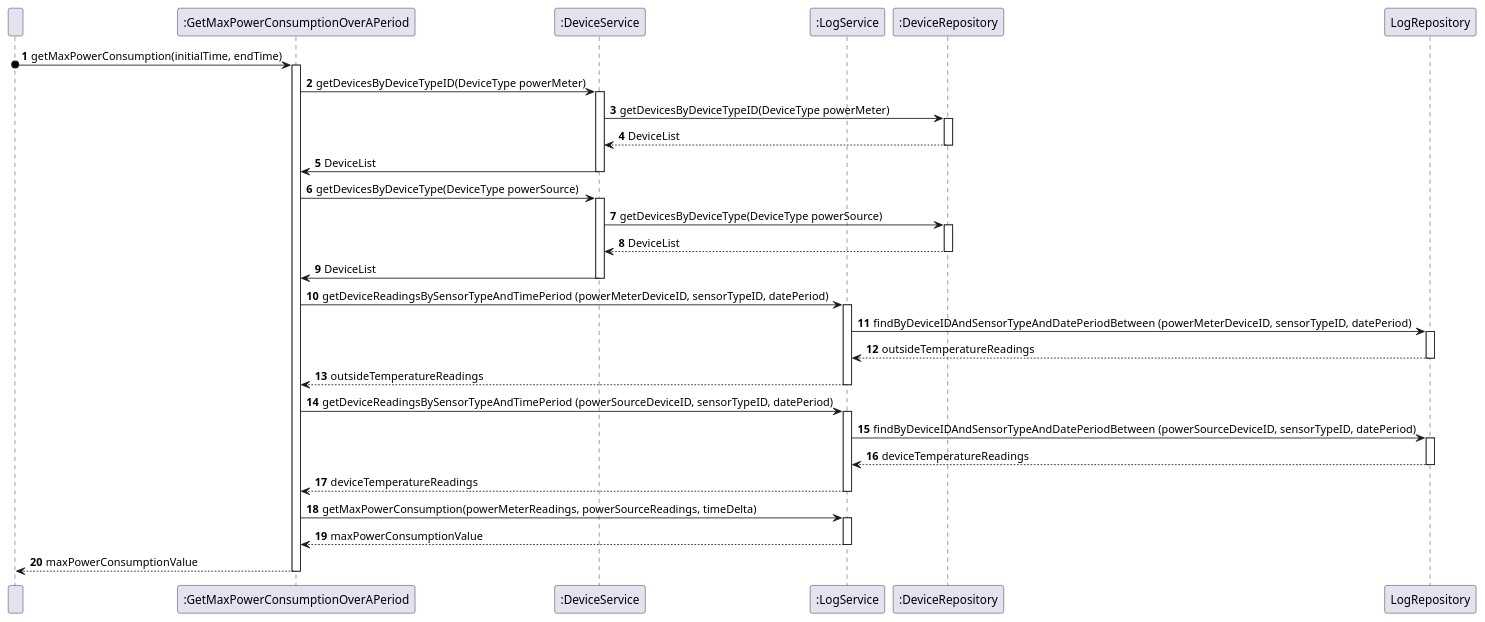
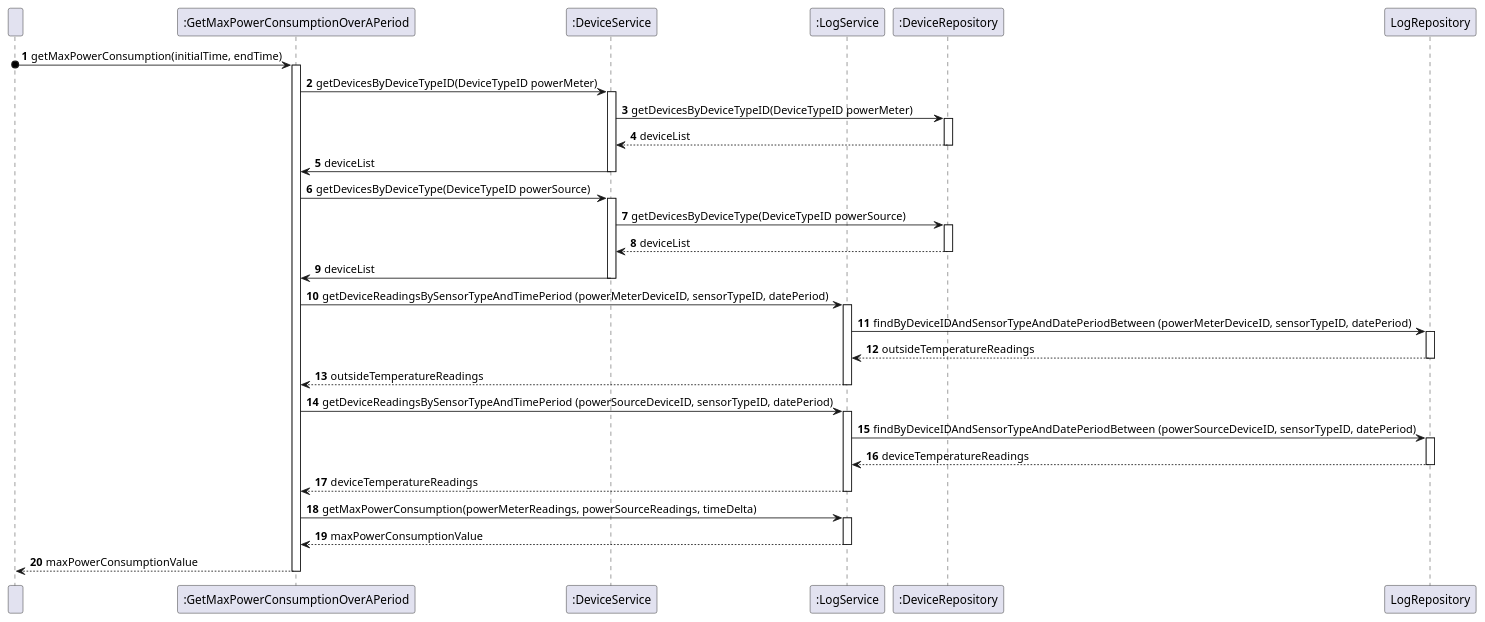
One commit to olivDiogo/SmartHome changed the diagram in docs/useCases/uc14_toGetMaxPowerConsumptionOverAPeriod/artifacts/uc14_SD.puml. Above: the diagram before and after it, drawn with PlantUML.

Commit message:
#450 corrected diagram SD UC14

```diff
--- a/docs/useCases/uc14_toGetMaxPowerConsumptionOverAPeriod/artifacts/uc14_SD.puml
+++ b/docs/useCases/uc14_toGetMaxPowerConsumptionOverAPeriod/artifacts/uc14_SD.puml
@@ -1,101 +1,101 @@
 @startuml
 'https://plantuml.com/sequence-diagram
 
 participant " " as User
 participant Controller as ":GetMaxPowerConsumptionOverAPeriod"
 participant DeviceService as ":DeviceService"
 participant LogService as ":LogService"
 participant DeviceRepository as ":DeviceRepository"
 
 autonumber
 
 User o-> Controller: getMaxPowerConsumption(initialTime, endTime)
 
 activate Controller
 
-Controller -> DeviceService: getDevicesByDeviceTypeID(DeviceType powerMeter)
+Controller -> DeviceService: getDevicesByDeviceTypeID(DeviceTypeID powerMeter)
 
 activate DeviceService
 
-DeviceService -> DeviceRepository: getDevicesByDeviceTypeID(DeviceType powerMeter)
+DeviceService -> DeviceRepository: getDevicesByDeviceTypeID(DeviceTypeID powerMeter)
 
 activate DeviceRepository
 
-DeviceRepository --> DeviceService: DeviceList
+DeviceRepository --> DeviceService: deviceList
 
 deactivate DeviceRepository
 
-DeviceService -> Controller: DeviceList
+DeviceService -> Controller: deviceList
 
 deactivate DeviceService
 
 '--------------------------------------------'
 
-Controller -> DeviceService: getDevicesByDeviceType(DeviceType powerSource)
+Controller -> DeviceService: getDevicesByDeviceType(DeviceTypeID powerSource)
 
 activate DeviceService
 
-DeviceService -> DeviceRepository: getDevicesByDeviceType(DeviceType powerSource)
+DeviceService -> DeviceRepository: getDevicesByDeviceType(DeviceTypeID powerSource)
 
 activate DeviceRepository
 
-DeviceRepository --> DeviceService: DeviceList
+DeviceRepository --> DeviceService: deviceList
 
 deactivate DeviceRepository
 
-DeviceService -> Controller: DeviceList
+DeviceService -> Controller: deviceList
 
 deactivate DeviceService
 
 '--------------------------------------------'
 
 Controller -> LogService: getDeviceReadingsBySensorTypeAndTimePeriod (powerMeterDeviceID, sensorTypeID, datePeriod)
 
 activate LogService
 
 LogService -> LogRepository: findByDeviceIDAndSensorTypeAndDatePeriodBetween (powerMeterDeviceID, sensorTypeID, datePeriod)
 
 activate LogRepository
 
 LogRepository --> LogService: outsideTemperatureReadings
 
 deactivate LogRepository
 
 LogService --> Controller: outsideTemperatureReadings
 
 deactivate LogService
 
 Controller -> LogService: getDeviceReadingsBySensorTypeAndTimePeriod (powerSourceDeviceID, sensorTypeID, datePeriod)
 
 '--------------------------------------------'
 
 activate LogService
 
 LogService -> LogRepository: findByDeviceIDAndSensorTypeAndDatePeriodBetween (powerSourceDeviceID, sensorTypeID, datePeriod)
 
 activate LogRepository
 
 LogRepository --> LogService: deviceTemperatureReadings
 
 deactivate LogRepository
 
 LogService --> Controller: deviceTemperatureReadings
 
 deactivate LogService
 
 Controller -> LogService: getMaxPowerConsumption(powerMeterReadings, powerSourceReadings, timeDelta)
 
 '--------------------------------------------'
 
 activate LogService
 
 LogService --> Controller: maxPowerConsumptionValue
 
 deactivate LogService
 
 Controller --> User: maxPowerConsumptionValue
 
 
 deactivate Controller
 
 @enduml
```
